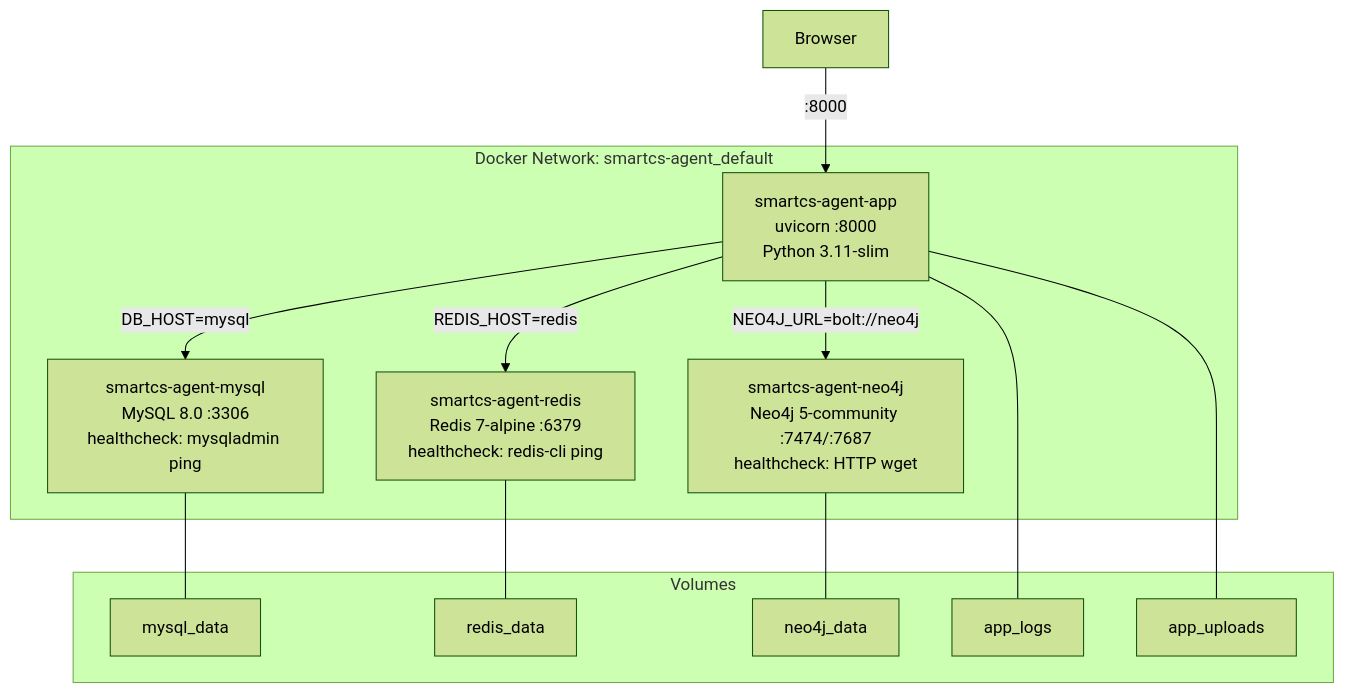
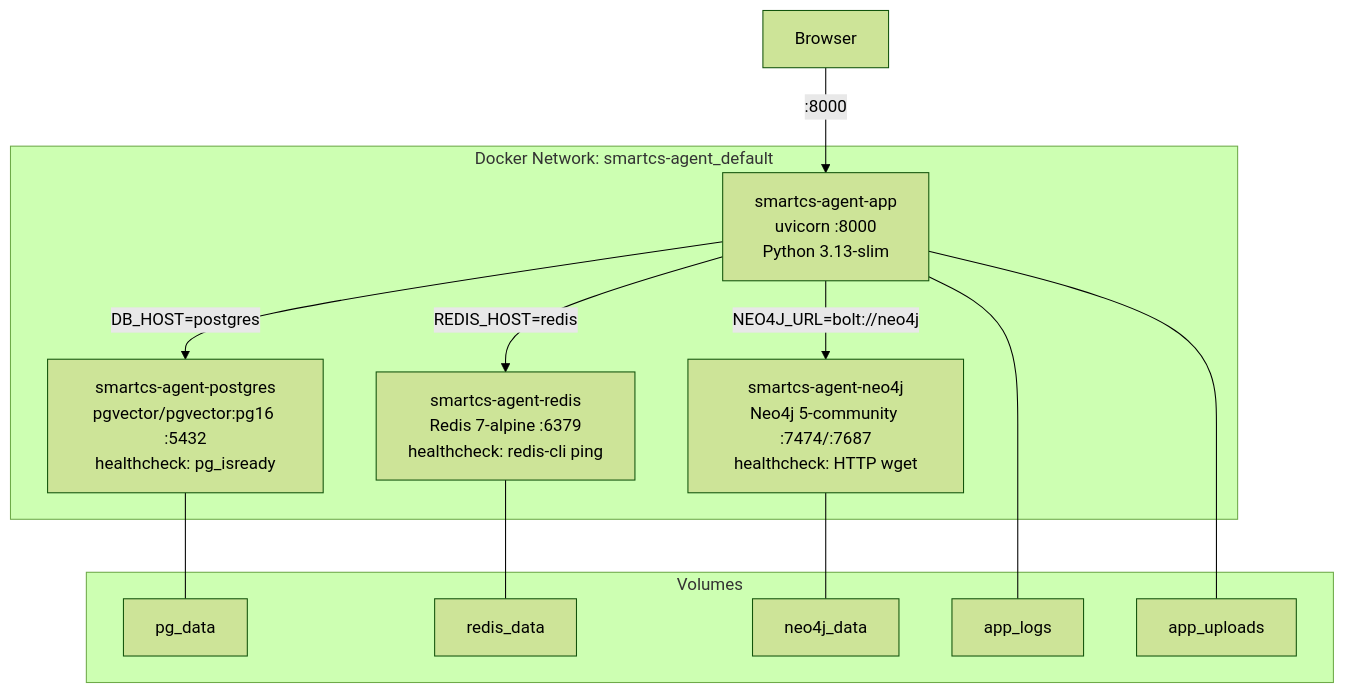
One commit to blowt16/SmartCS-Agent changed the tenth of 11 diagrams in docs/PROJECT_ANALYSIS.md. Above: the diagram before and after it, drawn with Mermaid (forest theme). The commit also changed other lines of this file and 97 other files, not shown here.

First line of the commit message:
[config] 技术选型迁移：MySQL→PostgreSQL + ChromaDB→pgvector，Docker 部署与 Redis 共存

````diff
--- a/docs/PROJECT_ANALYSIS.md
+++ b/docs/PROJECT_ANALYSIS.md
@@ -947,27 +947,27 @@
 ```mermaid
 graph TB
     subgraph "Docker Network: smartcs-agent_default"
-        APP["smartcs-agent-app<br/>uvicorn :8000<br/>Python 3.11-slim"]
-        MYSQL["smartcs-agent-mysql<br/>MySQL 8.0 :3306<br/>healthcheck: mysqladmin ping"]
+        APP["smartcs-agent-app<br/>uvicorn :8000<br/>Python 3.13-slim"]
+        PG["smartcs-agent-postgres<br/>pgvector/pgvector:pg16 :5432<br/>healthcheck: pg_isready"]
         REDIS["smartcs-agent-redis<br/>Redis 7-alpine :6379<br/>healthcheck: redis-cli ping"]
         NEO4J["smartcs-agent-neo4j<br/>Neo4j 5-community :7474/:7687<br/>healthcheck: HTTP wget"]
     end
 
     subgraph "Volumes"
-        V1["mysql_data"]
+        V1["pg_data"]
         V2["redis_data"]
         V3["neo4j_data"]
         V4["app_logs"]
         V5["app_uploads"]
     end
 
     Browser -->|":8000"| APP
-    APP -->|"DB_HOST=mysql"| MYSQL
+    APP -->|"DB_HOST=postgres"| PG
     APP -->|"REDIS_HOST=redis"| REDIS
     APP -->|"NEO4J_URL=bolt://neo4j"| NEO4J
-    MYSQL --- V1
+    PG --- V1
     REDIS --- V2
     NEO4J --- V3
     APP --- V4
     APP --- V5
 ```
````
